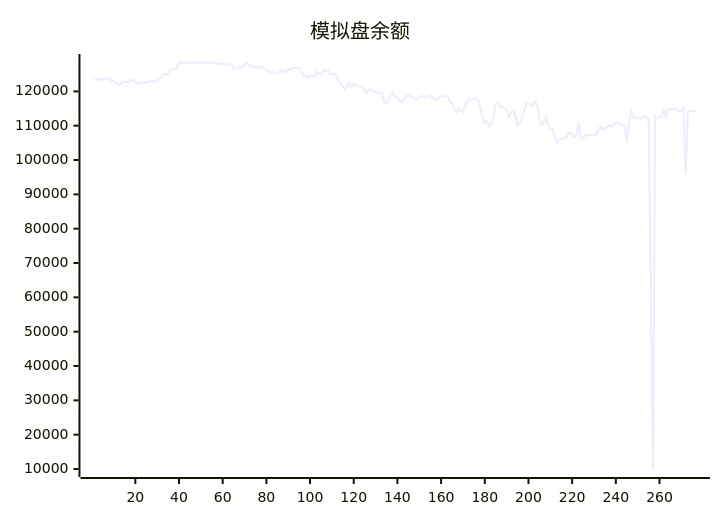
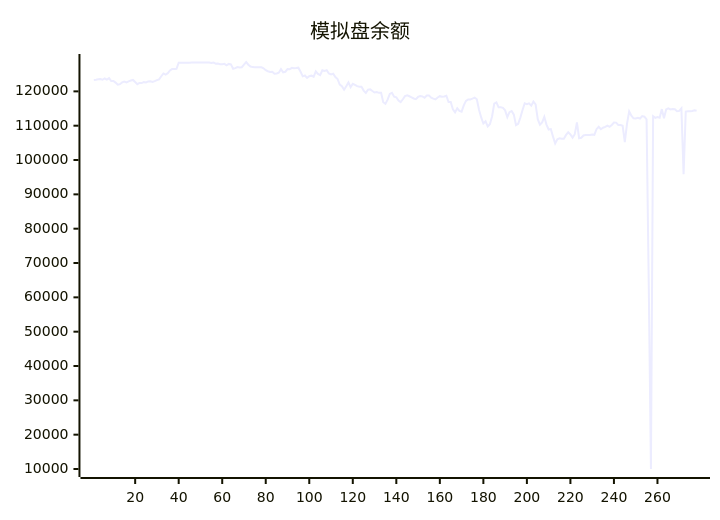
One commit to aahl/ai-trading changed the diagram in README.md. Above: the diagram before and after it, drawn with Mermaid. The commit also changed other lines of this file and 1 other file, not shown here.

````diff
--- a/README.md
+++ b/README.md
@@ -5,5 +5,5 @@
 ```mermaid
 xychart
     title "模拟盘余额"
-    line [123338,123402,123530,123592,123378,123745,123413,123853,123009,123040,122557,121938,122095,122599,122856,122597,122898,123160,123319,122719,122087,122454,122416,122685,122592,122907,122961,122776,122981,123295,123507,124403,125224,124894,125303,126088,126544,126534,126549,128335,128318,128318,128318,128318,128318,128424,128424,128424,128424,128424,128424,128424,128424,128424,128247,128412,128062,128087,127917,127901,128026,127611,128000,127850,126572,126770,127100,126971,127029,127783,128554,127765,127224,127064,127044,127009,127025,127004,126738,126152,125871,125635,125707,125117,125217,125420,126480,125545,125715,126511,126424,126856,126764,126788,126890,125710,124381,124632,123936,124402,124574,124256,125833,125070,124739,126154,125966,126145,125213,124943,125143,124157,123604,121959,121476,120476,121470,122610,121201,122221,121889,121522,121332,121344,120232,119559,120513,120577,120108,119680,119777,119572,119568,116839,116392,117573,119250,119585,118469,118277,117338,116897,117706,118628,118849,118579,118280,117926,117735,118373,118639,118544,118136,118798,118819,118162,117874,117649,118215,118601,118463,118517,118713,116911,116899,114798,113887,115084,114313,114091,115934,117221,117658,117658,117883,118164,117693,114632,112403,110644,111313,109777,110444,112673,116419,116772,115355,115355,115198,114476,112510,113954,114276,113223,110151,110561,112361,114562,116522,116265,116500,115845,117000,116199,111887,110306,110942,112588,110318,108891,109011,106814,104811,106038,106327,106201,106180,107315,108068,107463,106528,107530,110941,106346,106482,107161,107268,107270,107302,107426,107340,108985,109681,108962,109404,109645,110030,109680,110214,110918,110897,110215,110212,109962,105235,110525,114151,112895,112137,112083,112329,112094,112784,112613,111829,63445,10000,112734,112268,112496,112313,114832,112156,114730,115058,114728,114866,114804,114208,114302,115037,95891,114128,114227,114228,114267,114494]
+    line [123338,123402,123530,123592,123378,123745,123413,123853,123009,123040,122557,121938,122095,122599,122856,122597,122898,123160,123319,122719,122087,122454,122416,122685,122592,122907,122961,122776,122981,123295,123507,124403,125224,124894,125303,126088,126544,126534,126549,128335,128318,128318,128318,128318,128318,128424,128424,128424,128424,128424,128424,128424,128424,128424,128247,128412,128062,128087,127917,127901,128026,127611,128000,127850,126572,126770,127100,126971,127029,127783,128554,127765,127224,127064,127044,127009,127025,127004,126738,126152,125871,125635,125707,125117,125217,125420,126480,125545,125715,126511,126424,126856,126764,126788,126890,125710,124381,124632,123936,124402,124574,124256,125833,125070,124739,126154,125966,126145,125213,124943,125143,124157,123604,121959,121476,120476,121470,122610,121201,122221,121889,121522,121332,121344,120232,119559,120513,120577,120108,119680,119777,119572,119568,116839,116392,117573,119250,119585,118469,118277,117338,116897,117706,118628,118849,118579,118280,117926,117735,118373,118639,118544,118136,118798,118819,118162,117874,117649,118215,118601,118463,118517,118713,116911,116899,114798,113887,115084,114313,114091,115934,117221,117658,117658,117883,118164,117693,114632,112403,110644,111313,109777,110444,112673,116419,116772,115355,115355,115198,114476,112510,113954,114276,113223,110151,110561,112361,114562,116522,116265,116500,115845,117000,116199,111887,110306,110942,112588,110318,108891,109011,106814,104811,106038,106327,106201,106180,107315,108068,107463,106528,107530,110941,106346,106482,107161,107268,107270,107302,107426,107340,108985,109681,108962,109404,109645,110030,109680,110214,110918,110897,110215,110212,109962,105235,110525,114151,112895,112137,112083,112329,112094,112784,112613,111829,63445,10000,112734,112268,112496,112313,114832,112156,114730,115058,114728,114866,114804,114208,114302,115037,95891,114128,114227,114228,114267,114494,114335]
 ```
````
